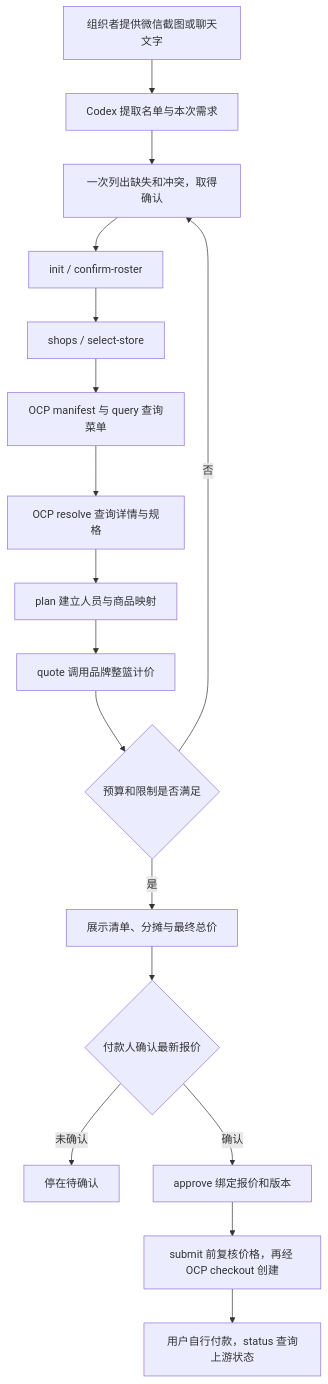
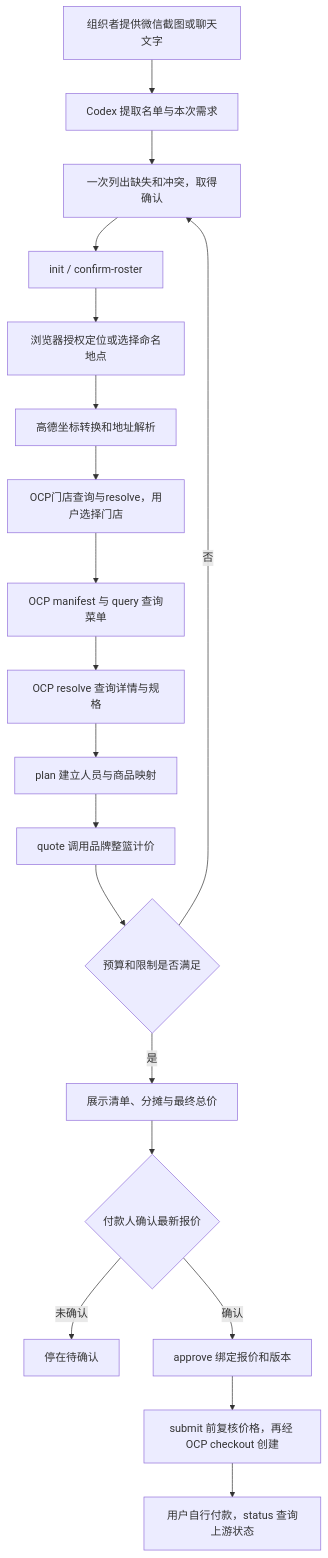
Before and after one commit to xxxxdxc/team-meal-manager: the diagram in references/workflow.md, drawn with Mermaid. The commit also changed other lines of this file and 21 other files, not shown here.

````diff
--- a/references/workflow.md
+++ b/references/workflow.md
@@ -25,19 +28,21 @@
 ```mermaid
 flowchart TD
   A[组织者提供微信截图或聊天文字] --> B[Codex 提取名单与本次需求]
   B --> C[一次列出缺失和冲突，取得确认]
   C --> D[init / confirm-roster]
-  D --> E[shops / select-store]
+  D --> U[浏览器授权定位或选择命名地点]
+  U --> V[高德坐标转换和地址解析]
+  V --> E[OCP门店查询与resolve，用户选择门店]
   E --> F[OCP manifest 与 query 查询菜单]
   F --> G[OCP resolve 查询详情与规格]
   G --> H[plan 建立人员与商品映射]
   H --> I[quote 调用品牌整篮计价]
   I --> J{预算和限制是否满足}
   J -->|否| C
   J -->|是| K[展示清单、分摊与最终总价]
   K --> L{付款人确认最新报价}
   L -->|未确认| M[停在待确认]
   L -->|确认| N[approve 绑定报价和版本]
   N --> O[submit 前复核价格，再经 OCP checkout 创建]
   O --> P[用户自行付款，status 查询上游状态]
 ```
````
